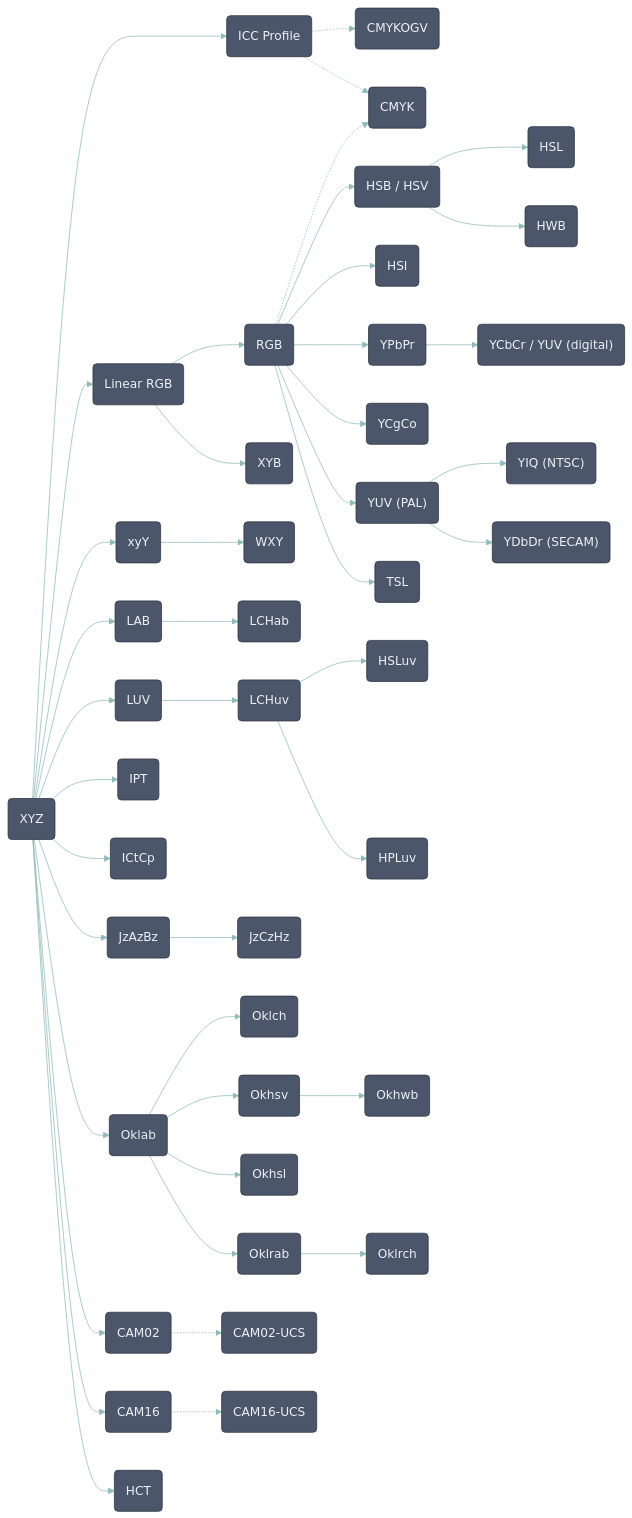
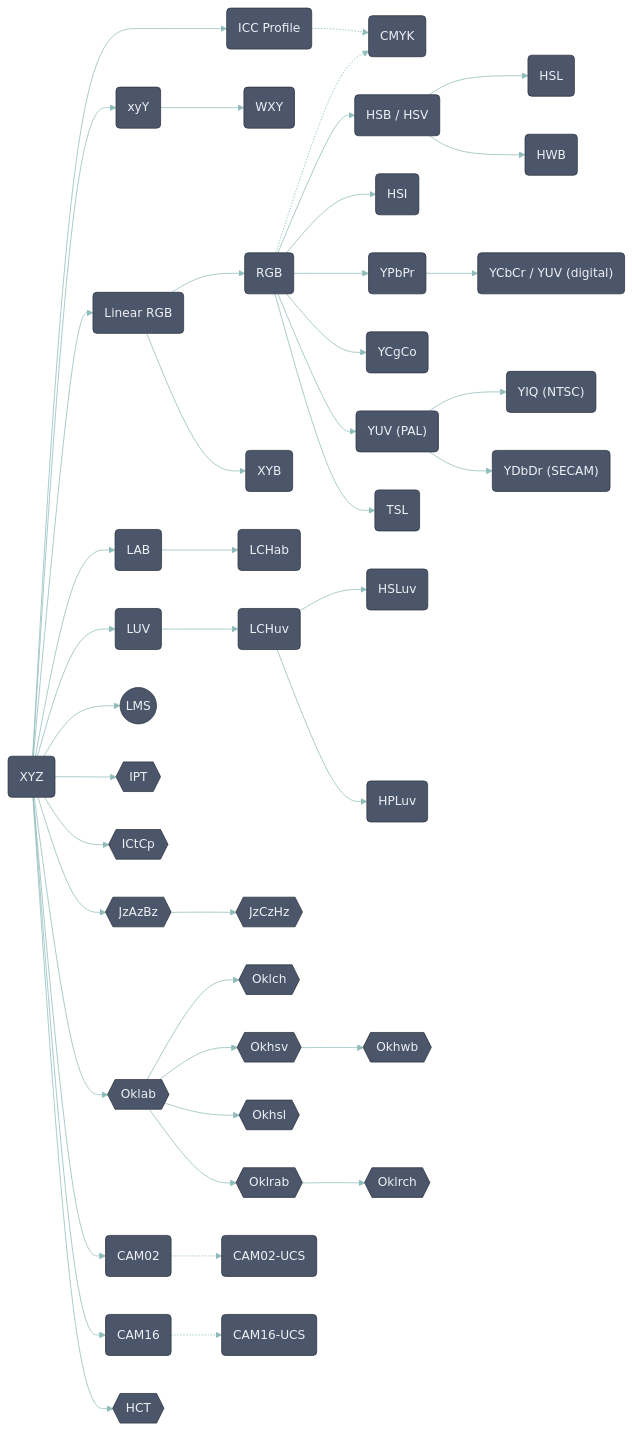
Before and after one commit to waacton/Unicolour: the first of 2 diagrams in Unicolour.Readme/README.md, drawn with Mermaid. The commit also changed other lines of this file and 24 other files, not shown here.

```diff
--- a/Unicolour.Readme/README.md
+++ b/Unicolour.Readme/README.md
@@ -222,30 +223,31 @@
   YDBDR("YDbDr (SECAM)")
   TSL(TSL)
   XYB(XYB)
-  IPT(IPT)
-  ICTCP(ICtCp)
-  JZAZBZ(JzAzBz)
-  JZCZHZ(JzCzHz)
-  OKLAB(Oklab)
-  OKLCH(Oklch)
-  OKHSV(Okhsv)
-  OKHSL(Okhsl)
-  OKHWB(Okhwb)
-  OKLRAB(Oklrab)
-  OKLRCH(Oklrch)
+  LMS((LMS))
+  IPT{{IPT}}
+  ICTCP{{ICtCp}}
+  JZAZBZ{{JzAzBz}}
+  JZCZHZ{{JzCzHz}}
+  OKLAB{{Oklab}}
+  OKLCH{{Oklch}}
+  OKHSV{{Okhsv}}
+  OKHSL{{Okhsl}}
+  OKHWB{{Okhwb}}
+  OKLRAB{{Oklrab}}
+  OKLRCH{{Oklrch}}
   CAM02(CAM02)
   CAM02UCS(CAM02-UCS)
   CAM16(CAM16)
   CAM16UCS(CAM16-UCS)
-  HCT(HCT)
+  HCT{{HCT}}
   ICC("ICC Profile")
   CMYK("CMYK")
-  CMYKOGV("CMYKOGV")
-
+  
   XYZ --> ICC
-  ICC -.-> CMYKOGV
   ICC -.-> CMYK
   RGB -.-> CMYK
+  XYZ --> XYY
+  XYY --> WXY
   XYZ --> RGBLIN
   RGBLIN --> RGB
   RGB --> HSB
@@ -260,14 +262,13 @@
   YUV --> YDBDR
   RGB --> TSL
   RGBLIN --> XYB
-  XYZ --> XYY
-  XYY --> WXY
   XYZ --> LAB
   LAB --> LCHAB
   XYZ --> LUV
   LUV --> LCHUV
   LCHUV --> HSLUV
   LCHUV --> HPLUV
+  XYZ --> LMS
   XYZ --> IPT
   XYZ --> ICTCP
   XYZ --> JZAZBZ
```
